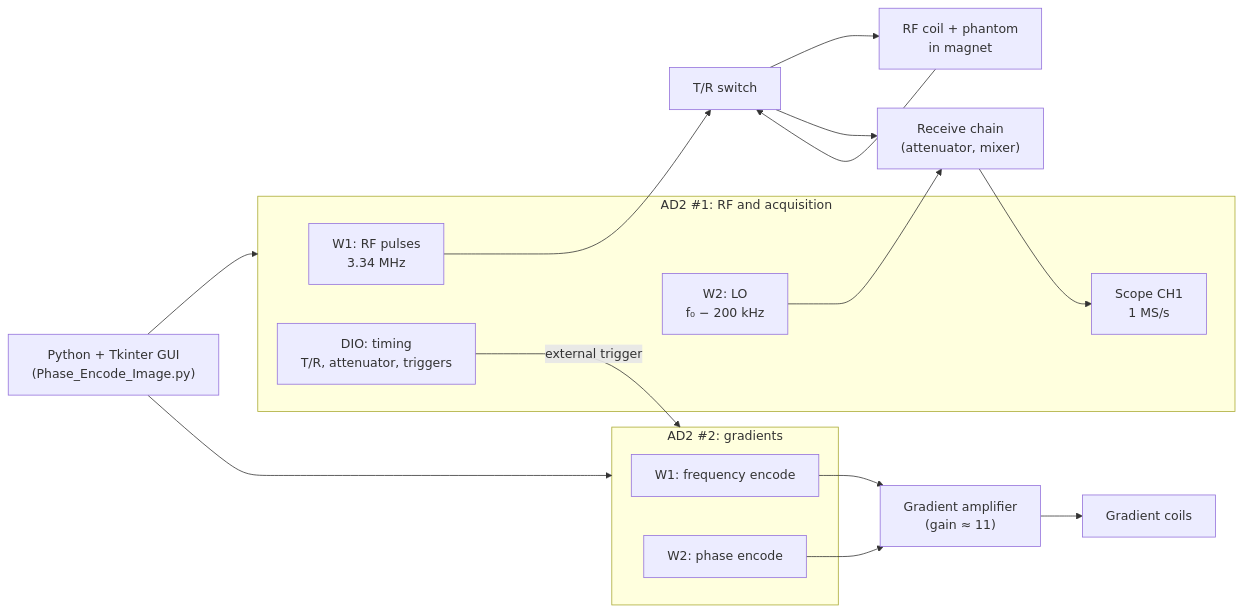
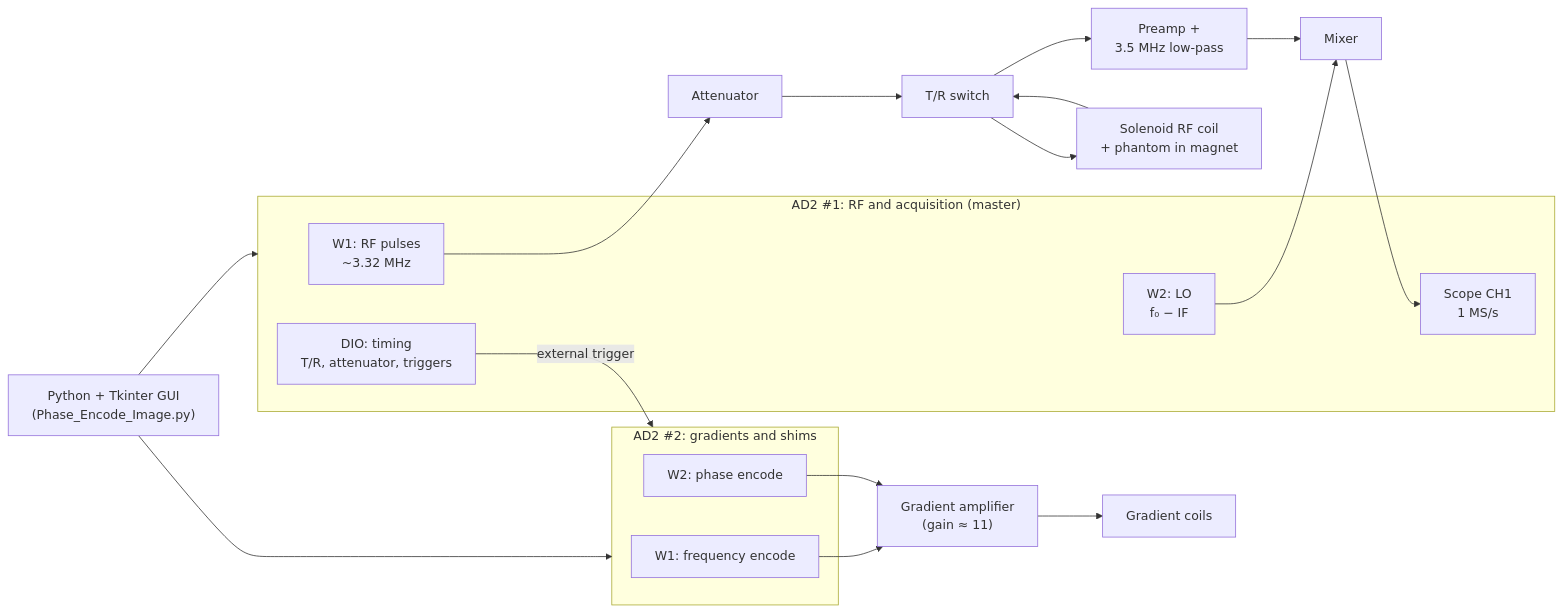
The diagram in README.md (Dino-Boooo/Instrumentation-and-System-Design-for-Advanced-MRI-Imaging), drawn with Mermaid before and after one commit. The commit also changed other lines of this file and 10 other files, not shown here.

````diff
--- a/README.md
+++ b/README.md
@@ -51,22 +55,22 @@
 ```mermaid
 flowchart LR
     PC["Python + Tkinter GUI<br/>(Phase_Encode_Image.py)"]
-    subgraph AD2_1["AD2 #1: RF and acquisition"]
-        W1a["W1: RF pulses<br/>3.34 MHz"]
-        W2a["W2: LO<br/>f₀ − 200 kHz"]
+    subgraph AD2_1["AD2 #1: RF and acquisition (master)"]
+        W1a["W1: RF pulses<br/>~3.32 MHz"]
+        W2a["W2: LO<br/>f₀ − IF"]
         DIO["DIO: timing<br/>T/R, attenuator, triggers"]
         SCOPE["Scope CH1<br/>1 MS/s"]
     end
-    subgraph AD2_2["AD2 #2: gradients"]
+    subgraph AD2_2["AD2 #2: gradients and shims"]
         W1b["W1: frequency encode"]
         W2b["W2: phase encode"]
     end
     PC --> AD2_1
     PC --> AD2_2
-    W1a --> TR["T/R switch"] --> COIL["RF coil + phantom<br/>in magnet"]
-    COIL --> TR --> RX["Receive chain<br/>(attenuator, mixer)"]
-    W2a --> RX
-    RX --> SCOPE
+    W1a --> ATT["Attenuator"] --> TR["T/R switch"] --> COIL["Solenoid RF coil<br/>+ phantom in magnet"]
+    COIL --> TR --> PRE["Preamp +<br/>3.5 MHz low-pass"] --> MIX["Mixer"]
+    W2a --> MIX
+    MIX --> SCOPE
     DIO -- "external trigger" --> AD2_2
     W1b & W2b --> AMP["Gradient amplifier<br/>(gain ≈ 11)"] --> GC["Gradient coils"]
 ```
````
